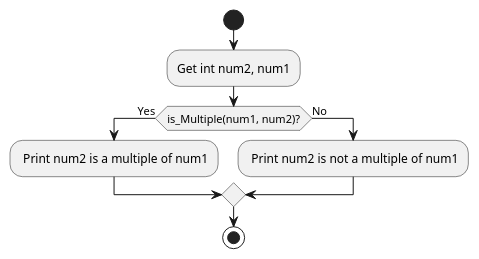
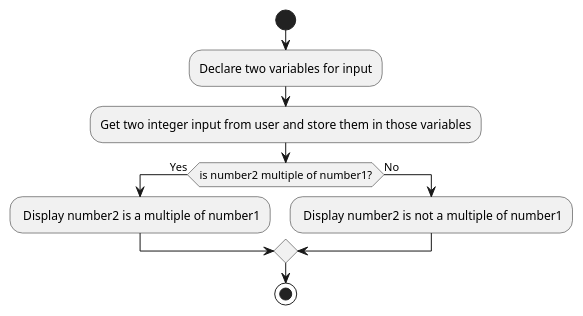
The diagram in assets/Multiple-of-Two-Numbers.plantuml (Pranau-R/Multiple-of-Two-Numbers), drawn with PlantUML before and after one commit. The commit also changed other lines of this file and 3 other files, not shown here.

```diff
--- a/assets/Multiple-of-Two-Numbers.plantuml
+++ b/assets/Multiple-of-Two-Numbers.plantuml
@@ -1,12 +1,13 @@
 @startuml
 
 start
-:Get int num2, num1;
-if(is_Multiple(num1, num2)?) then (Yes)
-: Print num2 is a multiple of num1;
+:Declare two variables for input;
+:Get two integer input from user and store them in those variables;
+if(is number2 multiple of number1?) then (Yes)
+: Display number2 is a multiple of number1;
 else (No)
-: Print num2 is not a multiple of num1;
+: Display number2 is not a multiple of number1;
 endif
 stop
 
 @enduml
```
